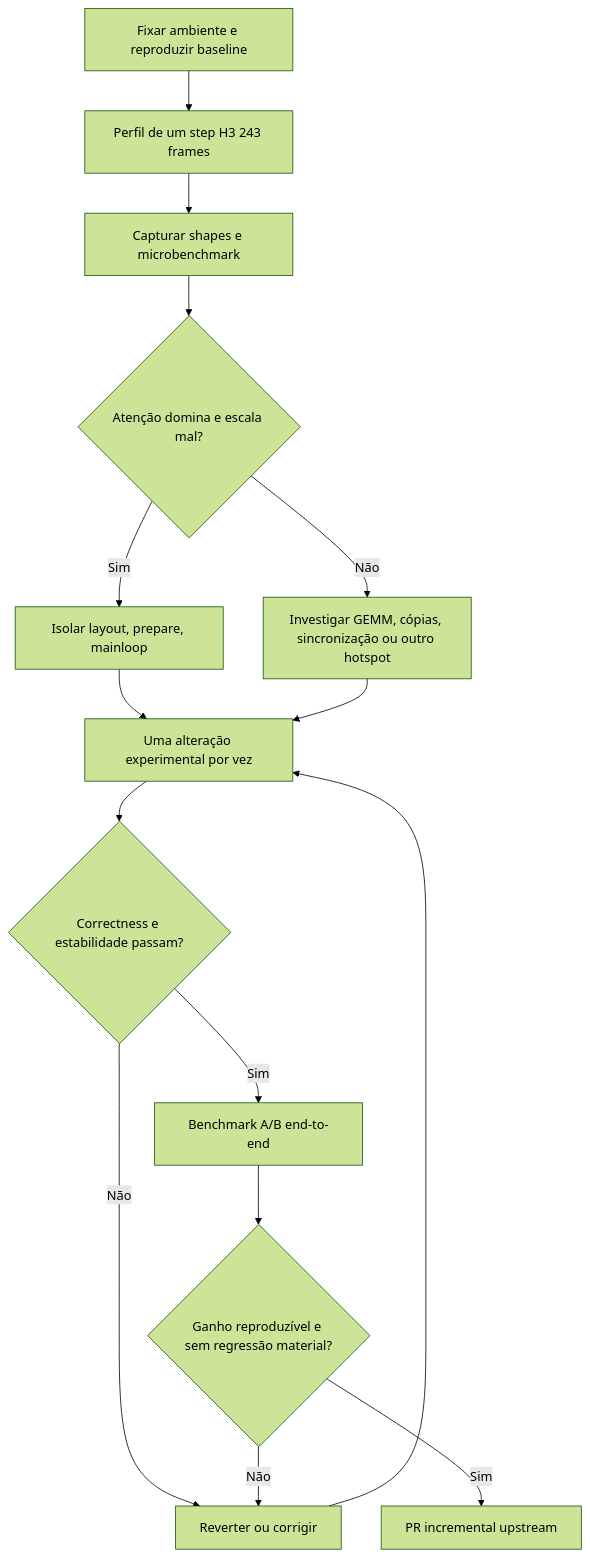
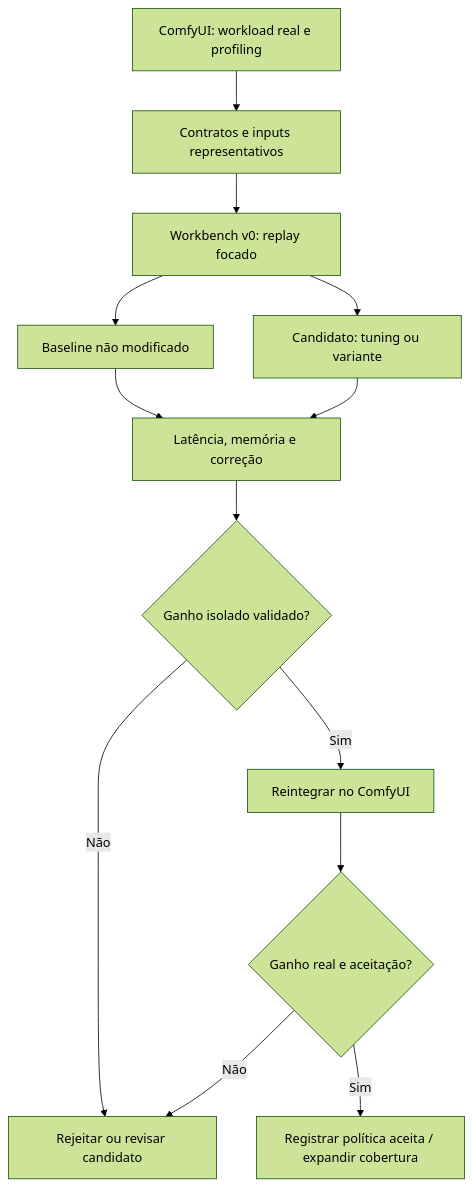
One commit to wildersa/llm-scaler changed the fifth of 6 diagrams in PLAN_BMG_VIDEO_DIT_KERNEL_OPTIMIZATION.md. Above: the diagram before and after it, drawn with Mermaid (forest theme). The commit also changed other lines of this file, not shown here.

Commit message:
docs: consolidate OmniXPU architecture and evidence-driven kernel optimization plan

````diff
--- a/PLAN_BMG_VIDEO_DIT_KERNEL_OPTIMIZATION.md
+++ b/PLAN_BMG_VIDEO_DIT_KERNEL_OPTIMIZATION.md
@@ -78,17 +648,15 @@
 ```mermaid
 flowchart TD
-    P0[Fixar ambiente e reproduzir baseline] --> P1[Perfil de um step H3 243 frames]
-    P1 --> P2[Capturar shapes e microbenchmark]
-    P2 --> G{Atenção domina e escala mal?}
-    G -->|Sim| A[Isolar layout, prepare, mainloop]
-    G -->|Não| B[Investigar GEMM, cópias, sincronização ou outro hotspot]
-    A --> T[Uma alteração experimental por vez]
-    B --> T
-    T --> Q{Correctness e estabilidade passam?}
-    Q -->|Não| R[Reverter ou corrigir]
-    R --> T
-    Q -->|Sim| E[Benchmark A/B end-to-end]
-    E --> V{Ganho reproduzível e sem regressão material?}
-    V -->|Não| R
-    V -->|Sim| U[PR incremental upstream]
+    A[ComfyUI: workload real e profiling] --> B[Contratos e inputs representativos]
+    B --> C[Workbench v0: replay focado]
+    C --> D[Baseline não modificado]
+    C --> E[Candidato: tuning ou variante]
+    D --> F[Latência, memória e correção]
+    E --> F
+    F --> G{Ganho isolado validado?}
+    G -->|Não| H[Rejeitar ou revisar candidato]
+    G -->|Sim| I[Reintegrar no ComfyUI]
+    I --> J{Ganho real e aceitação?}
+    J -->|Não| H
+    J -->|Sim| K[Registrar política aceita / expandir cobertura]
 ```
````
